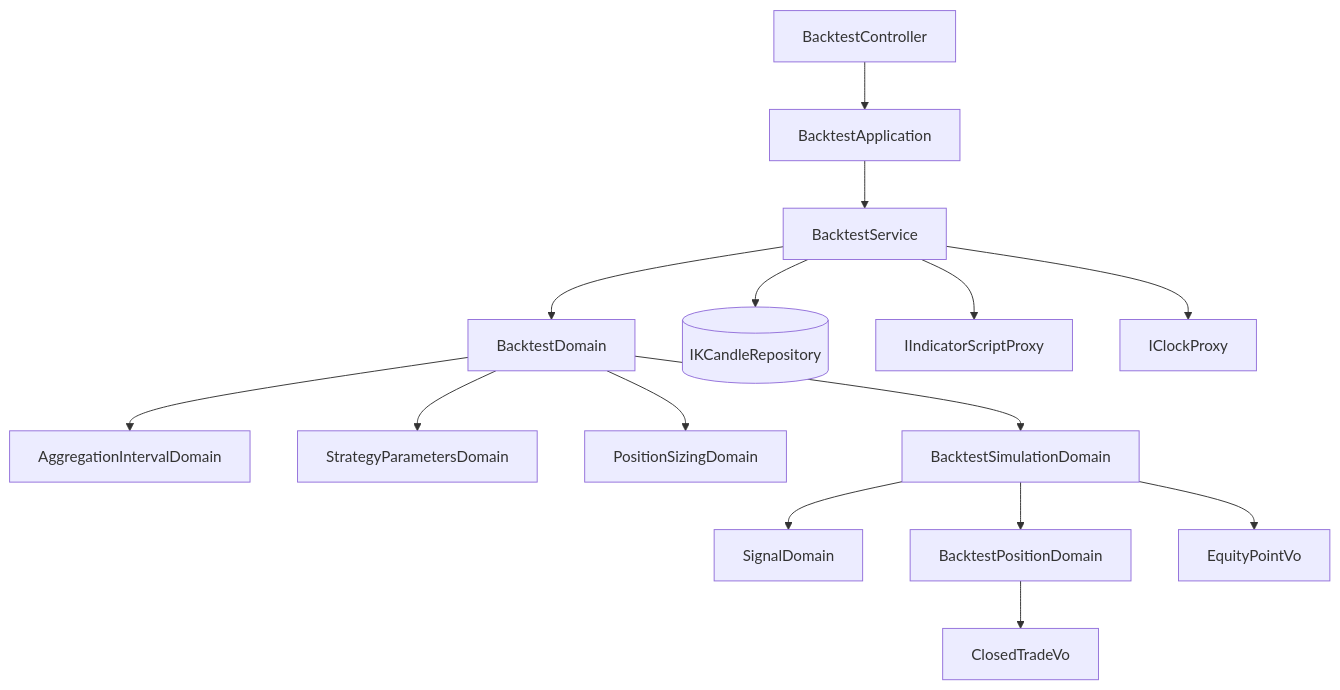
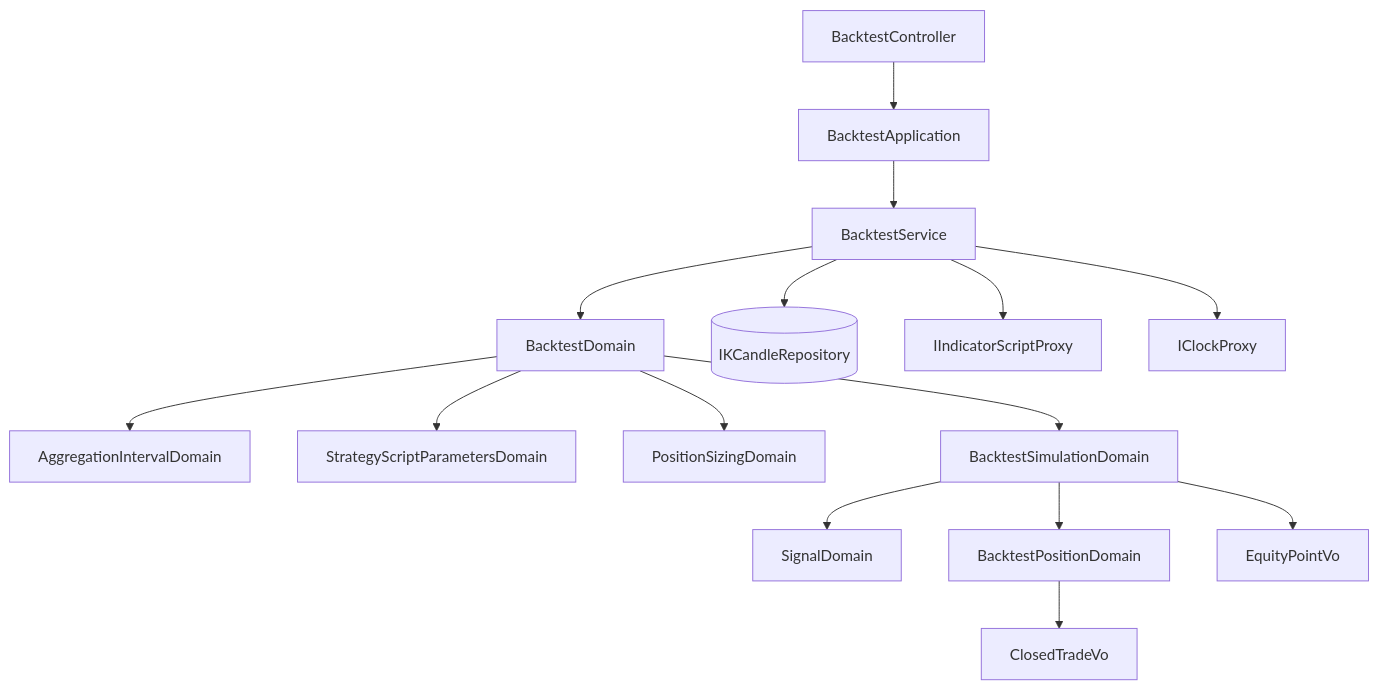
One commit to CodeMachine0121/go-trading changed the diagram in .sdd/2026-09-05-strategy-backtest/ARCH.md. Above: the diagram before and after it, drawn with Mermaid. The commit also changed other lines of this file and 66 other files, not shown here.

First line of the commit message:
docs: carry the strategy script rename into specs and the API collection

````diff
--- a/.sdd/2026-09-05-strategy-backtest/ARCH.md
+++ b/.sdd/2026-09-05-strategy-backtest/ARCH.md
@@ -189,17 +189,17 @@
 ```mermaid
 flowchart TD
     C[BacktestController] --> A[BacktestApplication]
     A --> S[BacktestService]
     S --> D[BacktestDomain]
     S --> R[(IKCandleRepository)]
     S --> P[IIndicatorScriptProxy]
     S --> K[IClockProxy]
     D --> AI[AggregationIntervalDomain]
-    D --> SP[StrategyParametersDomain]
+    D --> SP[StrategyScriptParametersDomain]
     D --> PS[PositionSizingDomain]
     D --> SIM[BacktestSimulationDomain]
     SIM --> SG[SignalDomain]
     SIM --> POS[BacktestPositionDomain]
     POS --> CT[ClosedTradeVo]
     SIM --> EQ[EquityPointVo]
 ```
````
